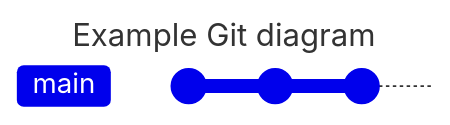
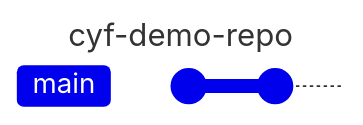
One commit to CodeYourFuture/CYF-Workshops changed the fifth of 5 diagrams in git-day-1/README.md. Above: the diagram before and after it, drawn with Mermaid. The commit also changed other lines of this file, not shown here. Commit ids are hidden.

````diff
--- a/git-day-1/README.md
+++ b/git-day-1/README.md
@@ -88,9 +230,8 @@
 ```mermaid
 ---
-title: Example Git diagram
+title: cyf-demo-repo
 ---
 gitGraph
    commit
    commit
-   commit
 ```
````
